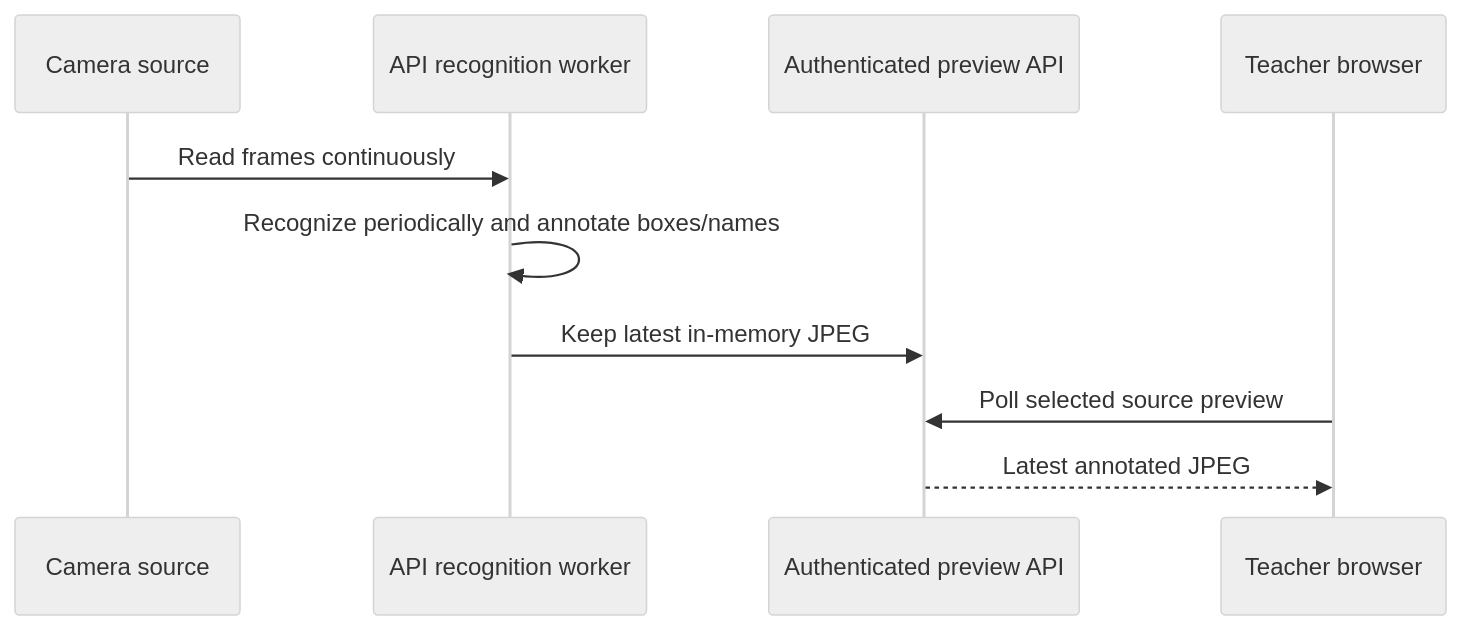
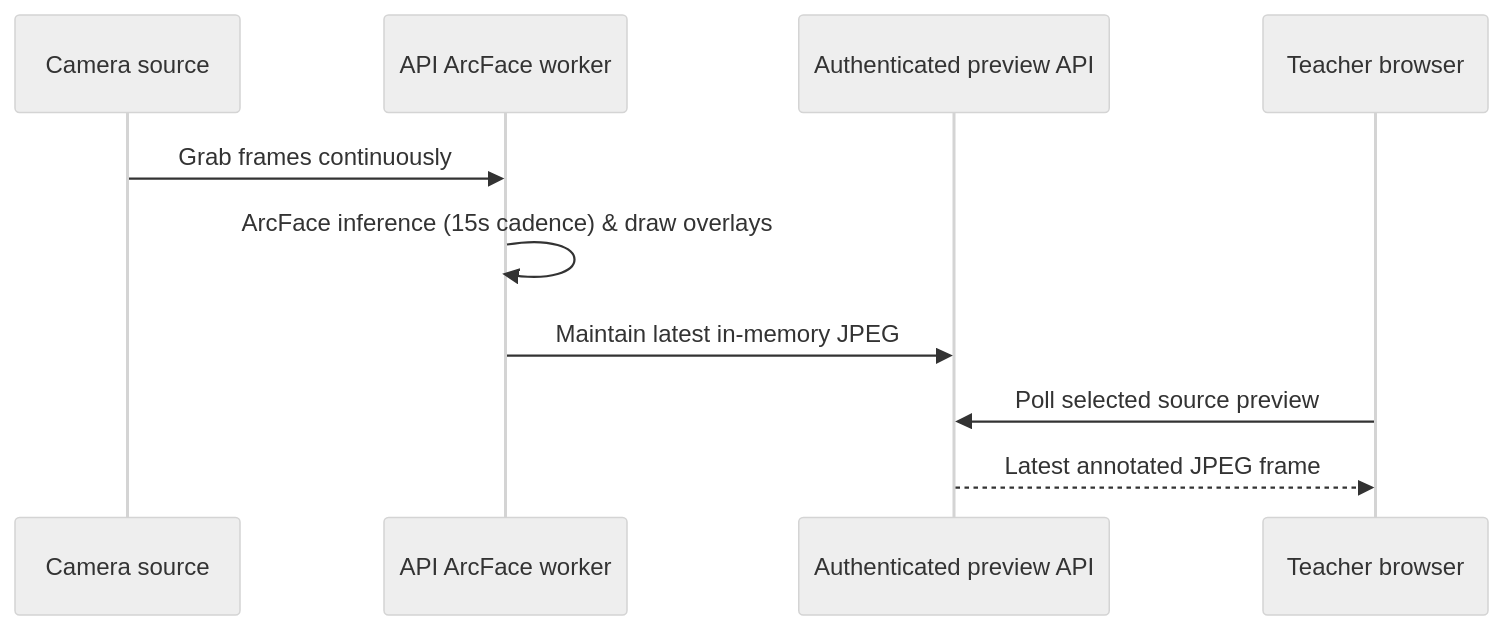
The second of 2 diagrams in README.md (shubhamxdd/a), drawn with Mermaid (neutral theme) before and after one commit. The commit also changed other lines of this file and 1 other file, not shown here.

````diff
--- a/README.md
+++ b/README.md
@@ -66,12 +69,12 @@
 ```mermaid
 sequenceDiagram
     participant C as Camera source
-    participant W as API recognition worker
+    participant W as API ArcFace worker
     participant API as Authenticated preview API
     participant T as Teacher browser
-    C->>W: Read frames continuously
-    W->>W: Recognize periodically and annotate boxes/names
-    W->>API: Keep latest in-memory JPEG
+    C->>W: Grab frames continuously
+    W->>W: ArcFace inference (15s cadence) & draw overlays
+    W->>API: Maintain latest in-memory JPEG
     T->>API: Poll selected source preview
-    API-->>T: Latest annotated JPEG
+    API-->>T: Latest annotated JPEG frame
 ```
````
